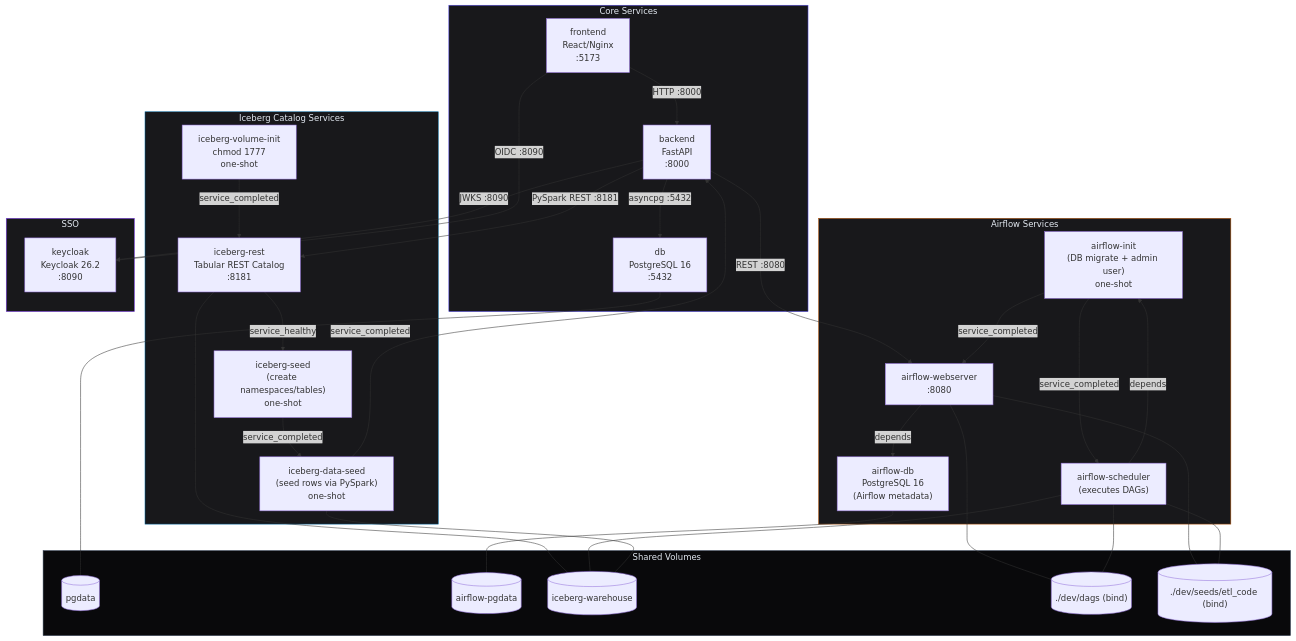
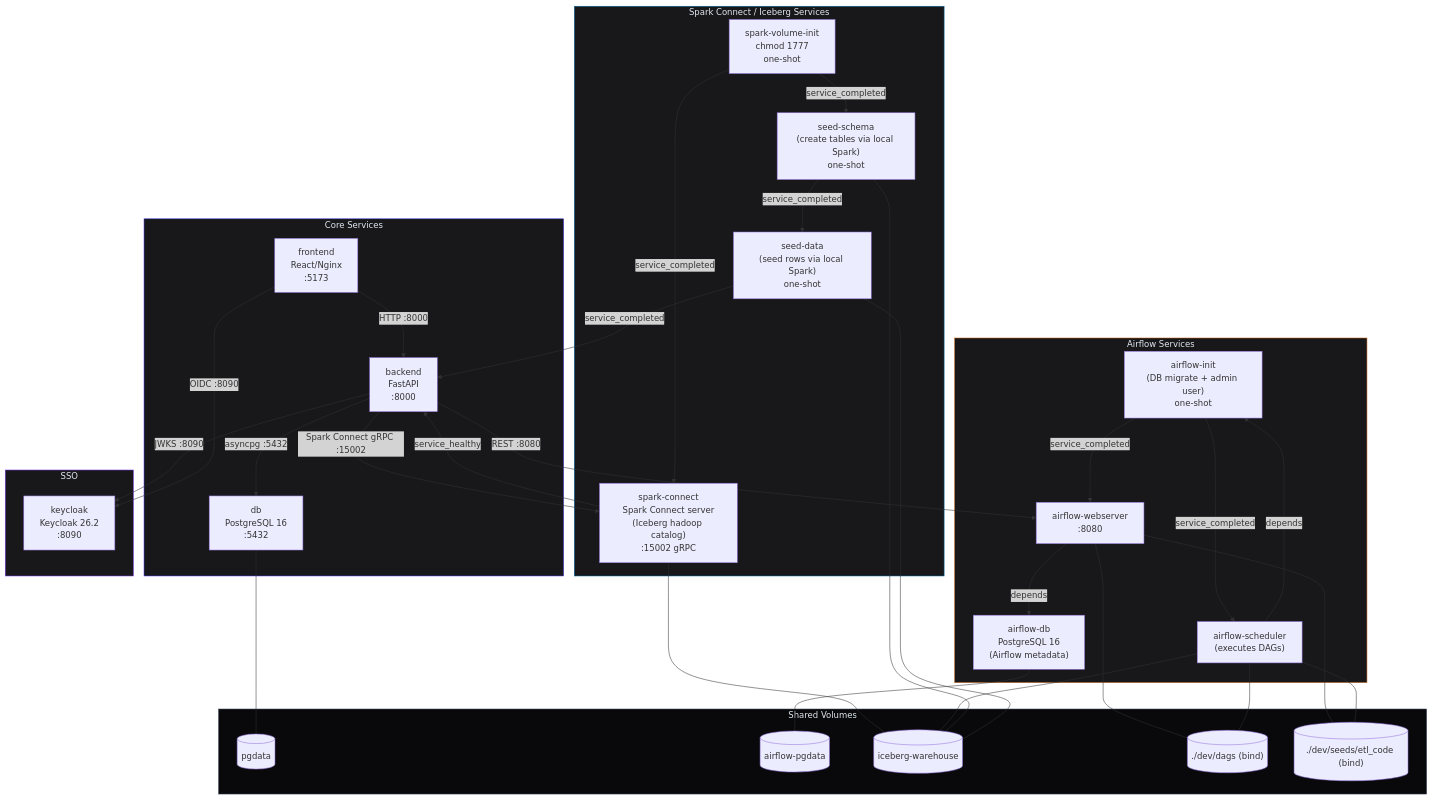
Before and after one commit to harharim55-alt/EtlNexus: the second of 19 diagrams in docs/ARCHITECTURE.md, drawn with Mermaid. The commit also changed other lines of this file and 47 other files, not shown here.

First line of the commit message:
feat: replace Iceberg REST catalog with Spark Connect + 30s Postgres mirror

````diff
--- a/docs/ARCHITECTURE.md
+++ b/docs/ARCHITECTURE.md
@@ -128,68 +128,70 @@
 ```mermaid
 graph TB
     subgraph Core["Core Services"]
         DB["db<br/>PostgreSQL 16<br/>:5432"]
         BE["backend<br/>FastAPI<br/>:8000"]
         FE["frontend<br/>React/Nginx<br/>:5173"]
     end
 
     subgraph Airflow["Airflow Services"]
         ADB["airflow-db<br/>PostgreSQL 16<br/>(Airflow metadata)"]
         AINIT["airflow-init<br/>(DB migrate + admin user)<br/>one-shot"]
         AW["airflow-webserver<br/>:8080"]
         AS["airflow-scheduler<br/>(executes DAGs)"]
     end
 
-    subgraph Iceberg["Iceberg Catalog Services"]
-        IINIT["iceberg-volume-init<br/>chmod 1777<br/>one-shot"]
-        IRES["iceberg-rest<br/>Tabular REST Catalog<br/>:8181"]
-        ISEED["iceberg-seed<br/>(create namespaces/tables)<br/>one-shot"]
-        IDSEED["iceberg-data-seed<br/>(seed rows via PySpark)<br/>one-shot"]
+    subgraph Iceberg["Spark Connect / Iceberg Services"]
+        IINIT["spark-volume-init<br/>chmod 1777<br/>one-shot"]
+        IRES["spark-connect<br/>Spark Connect server<br/>(Iceberg hadoop catalog)<br/>:15002 gRPC"]
+        ISEED["seed-schema<br/>(create tables via local Spark)<br/>one-shot"]
+        IDSEED["seed-data<br/>(seed rows via local Spark)<br/>one-shot"]
     end
 
     subgraph SSO["SSO"]
         KC["keycloak<br/>Keycloak 26.2<br/>:8090"]
     end
 
     subgraph Volumes["Shared Volumes"]
         PGV[("pgdata")]
         APG[("airflow-pgdata")]
         ICE[("iceberg-warehouse")]
         DAG[("./dev/dags (bind)")]
         CODE[("./dev/seeds/etl_code (bind)")]
     end
 
     DB --- PGV
     ADB --- APG
     IRES --- ICE
     AS --- ICE
+    ISEED --- ICE
     IDSEED --- ICE
 
     AW --- DAG
     AS --- DAG
     AW --- CODE
     AS --- CODE
 
     BE -->|asyncpg :5432| DB
     FE -->|HTTP :8000| BE
     BE -->|REST :8080| AW
-    BE -->|PySpark REST :8181| IRES
+    BE -->|Spark Connect gRPC :15002| IRES
     BE -->|JWKS :8090| KC
     FE -->|OIDC :8090| KC
 
     AINIT -->|"service_completed"| AW
     AINIT -->|"service_completed"| AS
     AW -->|depends| ADB
     AS -->|depends| AINIT
 
     IINIT -->|"service_completed"| IRES
-    IRES -->|"service_healthy"| ISEED
+    IINIT -->|"service_completed"| ISEED
     ISEED -->|"service_completed"| IDSEED
     IDSEED -->|"service_completed"| BE
+    IRES -->|"service_healthy"| BE
 
     style Core fill:#18181b,stroke:#4f46e5,color:#e2e8f0
     style Airflow fill:#18181b,stroke:#b45309,color:#e2e8f0
     style Iceberg fill:#18181b,stroke:#0369a1,color:#e2e8f0
     style SSO fill:#18181b,stroke:#7c3aed,color:#e2e8f0
     style Volumes fill:#09090b,stroke:#334155,color:#e2e8f0
 ```
````
